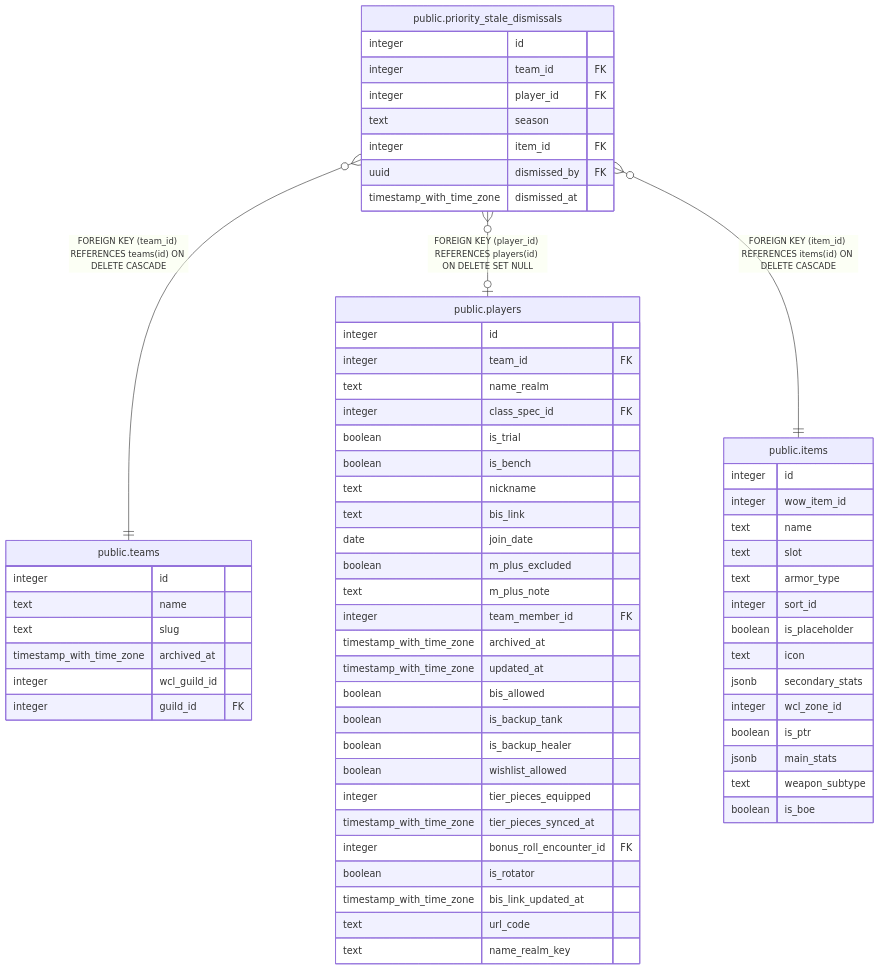
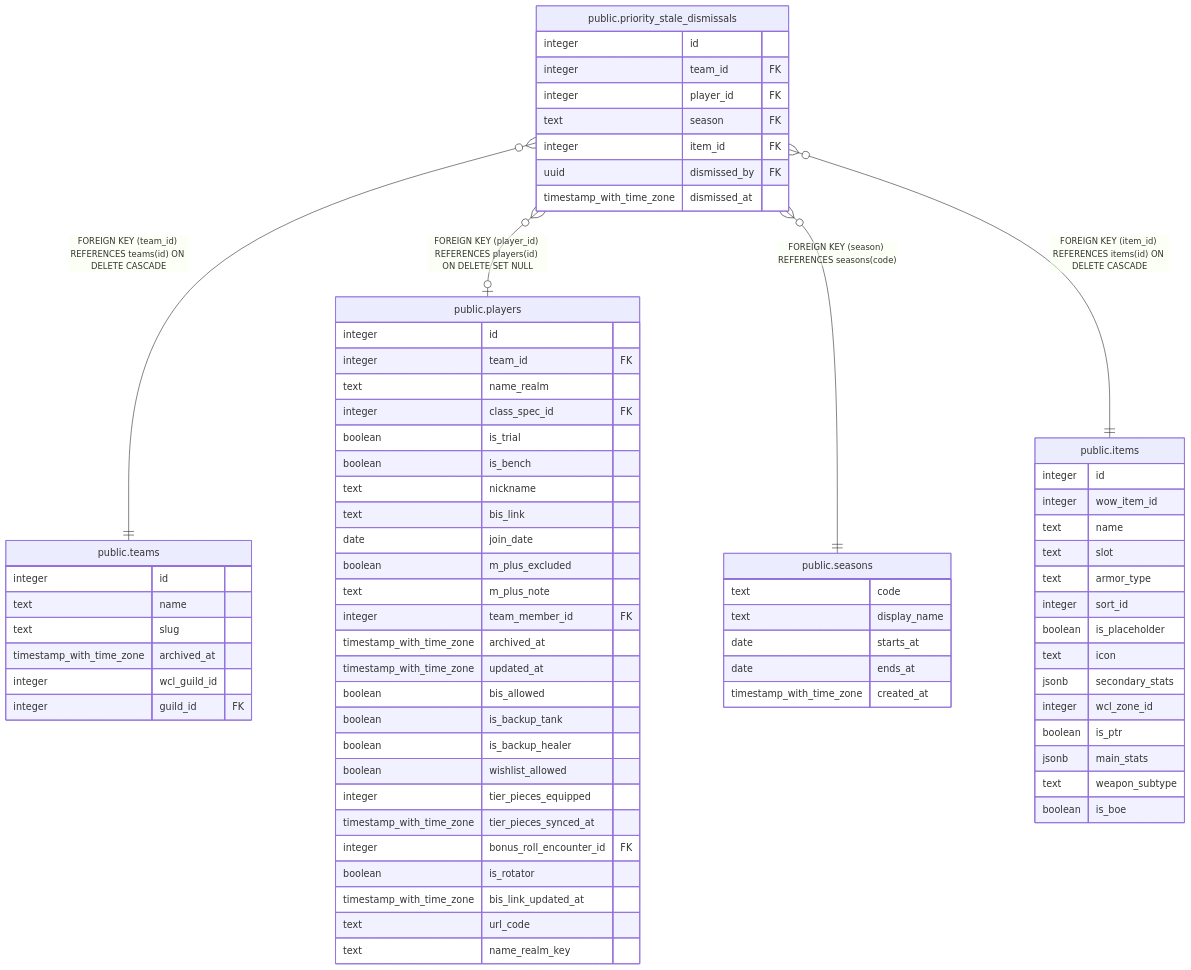
Before and after one commit to katogaming88/WGA-Raid-Hub: the diagram in dbdoc/public.priority_stale_dismissals.md, drawn with Mermaid. The commit also changed other lines of this file and 64 other files, not shown here.

First line of the commit message:
A seasons table, a foreign key on every season column, and the sync keeping the team's stamp (v3.123.0) (#1194)

````diff
--- a/dbdoc/public.priority_stale_dismissals.md
+++ b/dbdoc/public.priority_stale_dismissals.md
@@ -45,68 +46,76 @@
 ```mermaid
 erDiagram
 
 "public.priority_stale_dismissals" }o--|| "public.teams" : "FOREIGN KEY (team_id) REFERENCES teams(id) ON DELETE CASCADE"
 "public.priority_stale_dismissals" }o--o| "public.players" : "FOREIGN KEY (player_id) REFERENCES players(id) ON DELETE SET NULL"
+"public.priority_stale_dismissals" }o--|| "public.seasons" : "FOREIGN KEY (season) REFERENCES seasons(code)"
 "public.priority_stale_dismissals" }o--|| "public.items" : "FOREIGN KEY (item_id) REFERENCES items(id) ON DELETE CASCADE"
 
 "public.priority_stale_dismissals" {
   integer id
   integer team_id FK
   integer player_id FK
-  text season
+  text season FK
   integer item_id FK
   uuid dismissed_by FK
   timestamp_with_time_zone dismissed_at
 }
 "public.teams" {
   integer id
   text name
   text slug
   timestamp_with_time_zone archived_at
   integer wcl_guild_id
   integer guild_id FK
 }
 "public.players" {
   integer id
   integer team_id FK
   text name_realm
   integer class_spec_id FK
   boolean is_trial
   boolean is_bench
   text nickname
   text bis_link
   date join_date
   boolean m_plus_excluded
   text m_plus_note
   integer team_member_id FK
   timestamp_with_time_zone archived_at
   timestamp_with_time_zone updated_at
   boolean bis_allowed
   boolean is_backup_tank
   boolean is_backup_healer
   boolean wishlist_allowed
   integer tier_pieces_equipped
   timestamp_with_time_zone tier_pieces_synced_at
   integer bonus_roll_encounter_id FK
   boolean is_rotator
   timestamp_with_time_zone bis_link_updated_at
   text url_code
   text name_realm_key
 }
+"public.seasons" {
+  text code
+  text display_name
+  date starts_at
+  date ends_at
+  timestamp_with_time_zone created_at
+}
 "public.items" {
   integer id
   integer wow_item_id
   text name
   text slot
   text armor_type
   integer sort_id
   boolean is_placeholder
   text icon
   jsonb secondary_stats
   integer wcl_zone_id
   boolean is_ptr
   jsonb main_stats
   text weapon_subtype
   boolean is_boe
 }
 ```
````
